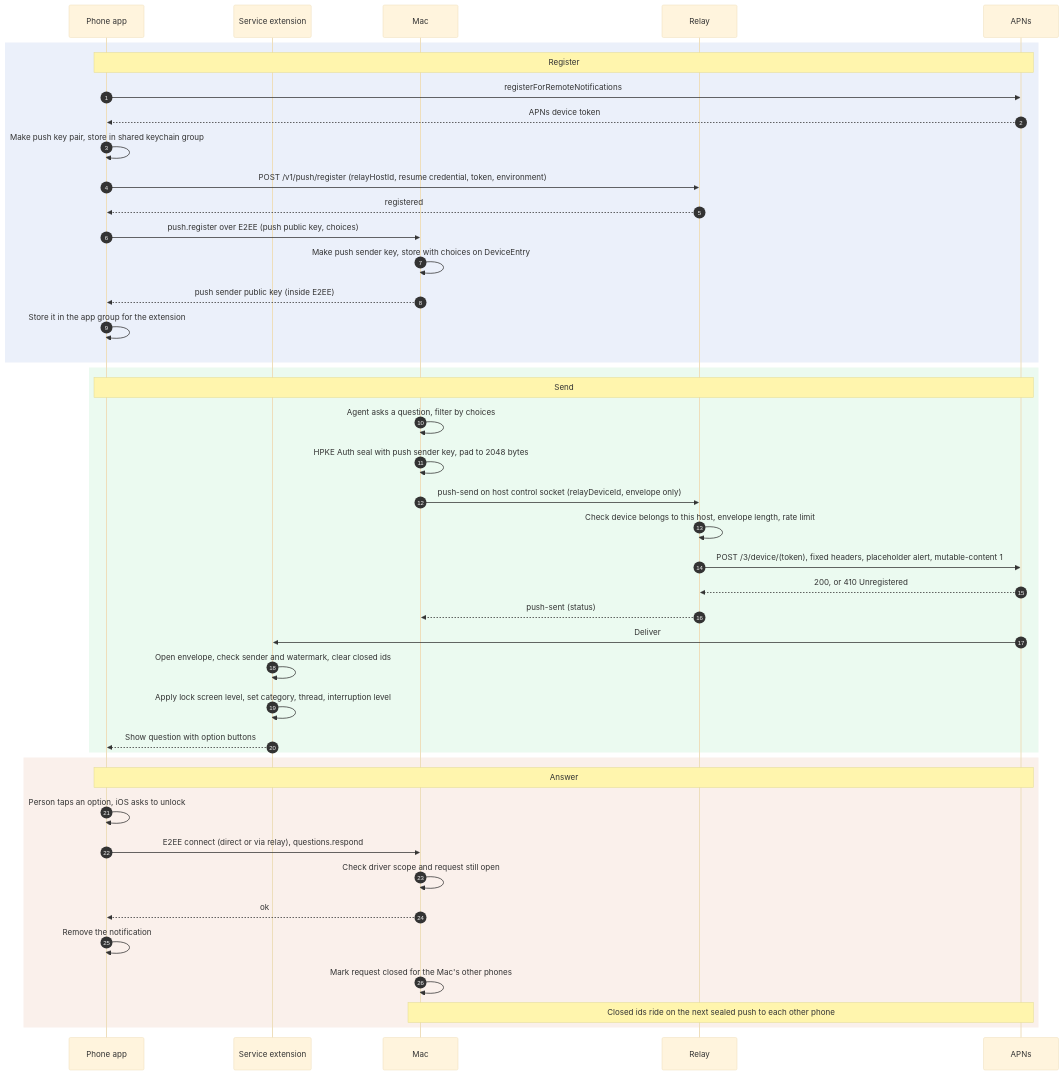
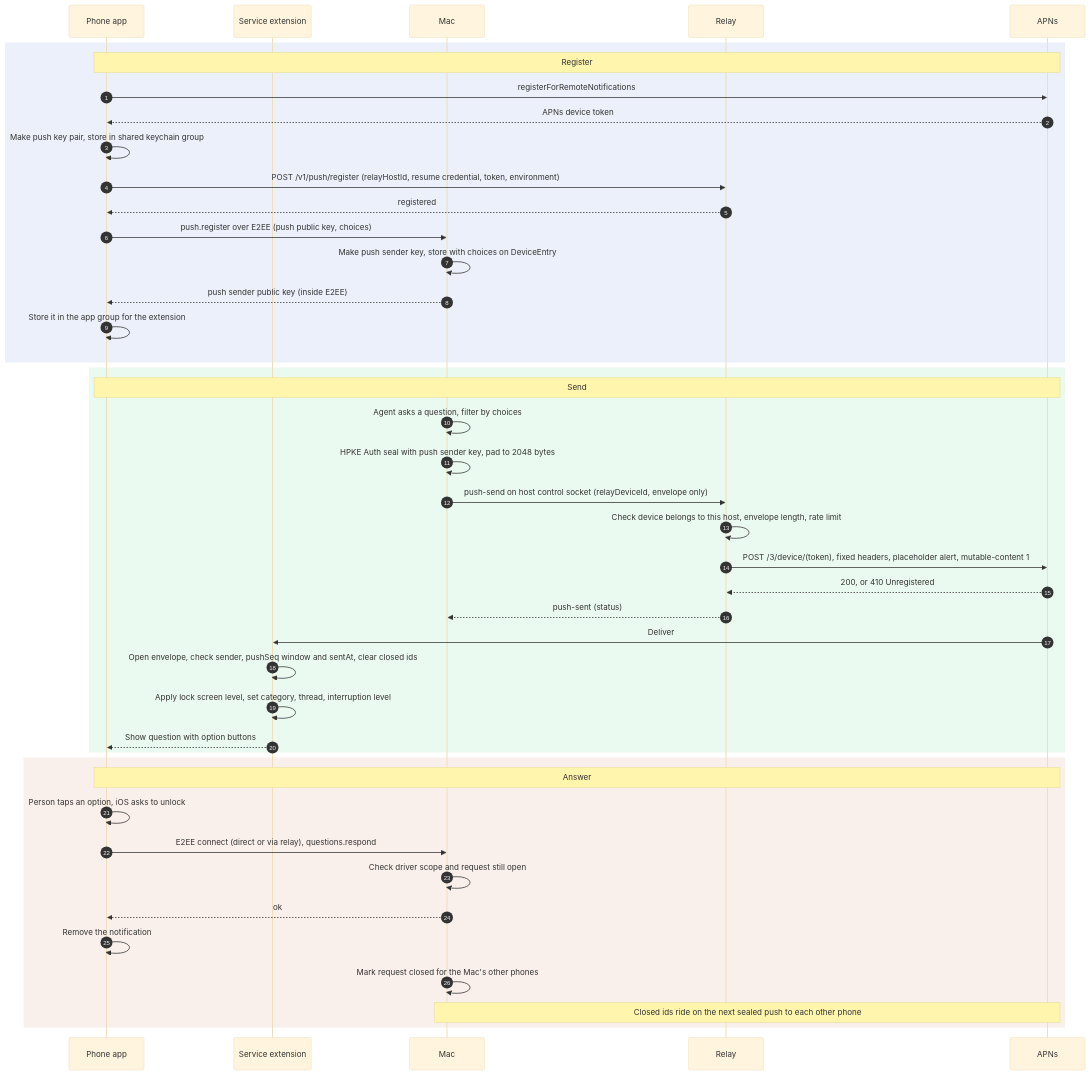
One commit to terminalx-ai/terminalx changed the diagram in docs/phone-connection/push-design.md. Above: the diagram before and after it, drawn with Mermaid (base theme). The commit also changed other lines of this file and 4 other files, not shown here.

````diff
--- a/docs/phone-connection/push-design.md
+++ b/docs/phone-connection/push-design.md
@@ -549,48 +588,48 @@
 ```mermaid
 sequenceDiagram
     autonumber
     participant P as Phone app
     participant X as Service extension
     participant M as Mac
     participant R as Relay
     participant A as APNs
 
     rect rgb(235, 240, 250)
     note over P,A: Register
     P->>A: registerForRemoteNotifications
     A-->>P: APNs device token
     P->>P: Make push key pair, store in shared keychain group
     P->>R: POST /v1/push/register (relayHostId, resume credential, token, environment)
     R-->>P: registered
     P->>M: push.register over E2EE (push public key, choices)
     M->>M: Make push sender key, store with choices on DeviceEntry
     M-->>P: push sender public key (inside E2EE)
     P->>P: Store it in the app group for the extension
     end
 
     rect rgb(235, 250, 240)
     note over P,A: Send
     M->>M: Agent asks a question, filter by choices
     M->>M: HPKE Auth seal with push sender key, pad to 2048 bytes
     M->>R: push-send on host control socket (relayDeviceId, envelope only)
     R->>R: Check device belongs to this host, envelope length, rate limit
     R->>A: POST /3/device/(token), fixed headers, placeholder alert, mutable-content 1
     A-->>R: 200, or 410 Unregistered
     R-->>M: push-sent (status)
     A->>X: Deliver
-    X->>X: Open envelope, check sender and watermark, clear closed ids
+    X->>X: Open envelope, check sender, pushSeq window and sentAt, clear closed ids
     X->>X: Apply lock screen level, set category, thread, interruption level
     X-->>P: Show question with option buttons
     end
 
     rect rgb(250, 240, 235)
     note over P,A: Answer
     P->>P: Person taps an option, iOS asks to unlock
     P->>M: E2EE connect (direct or via relay), questions.respond
     M->>M: Check driver scope and request still open
     M-->>P: ok
     P->>P: Remove the notification
     M->>M: Mark request closed for the Mac's other phones
     note over M,A: Closed ids ride on the next sealed push to each other phone
     end
 ```
````
